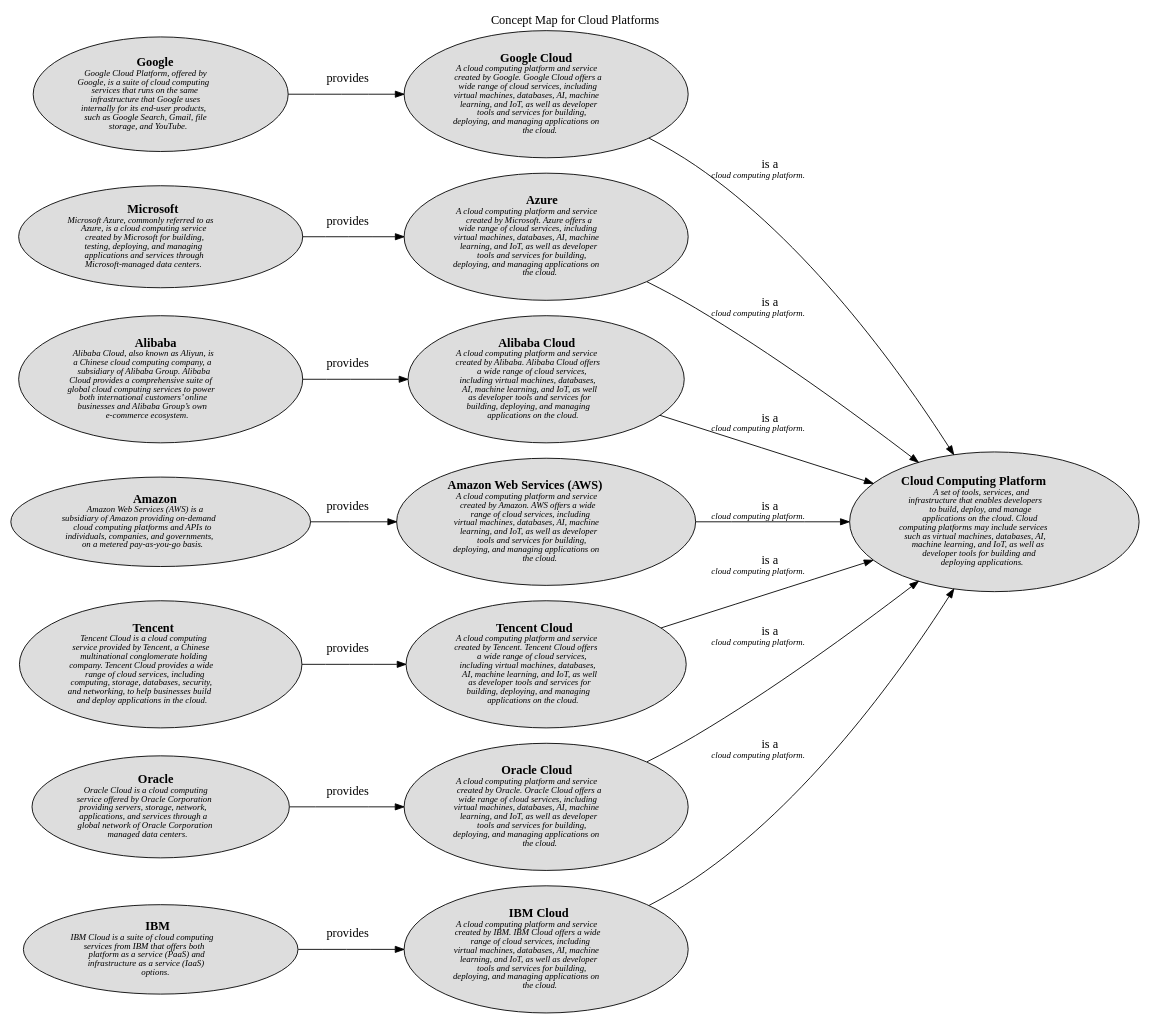
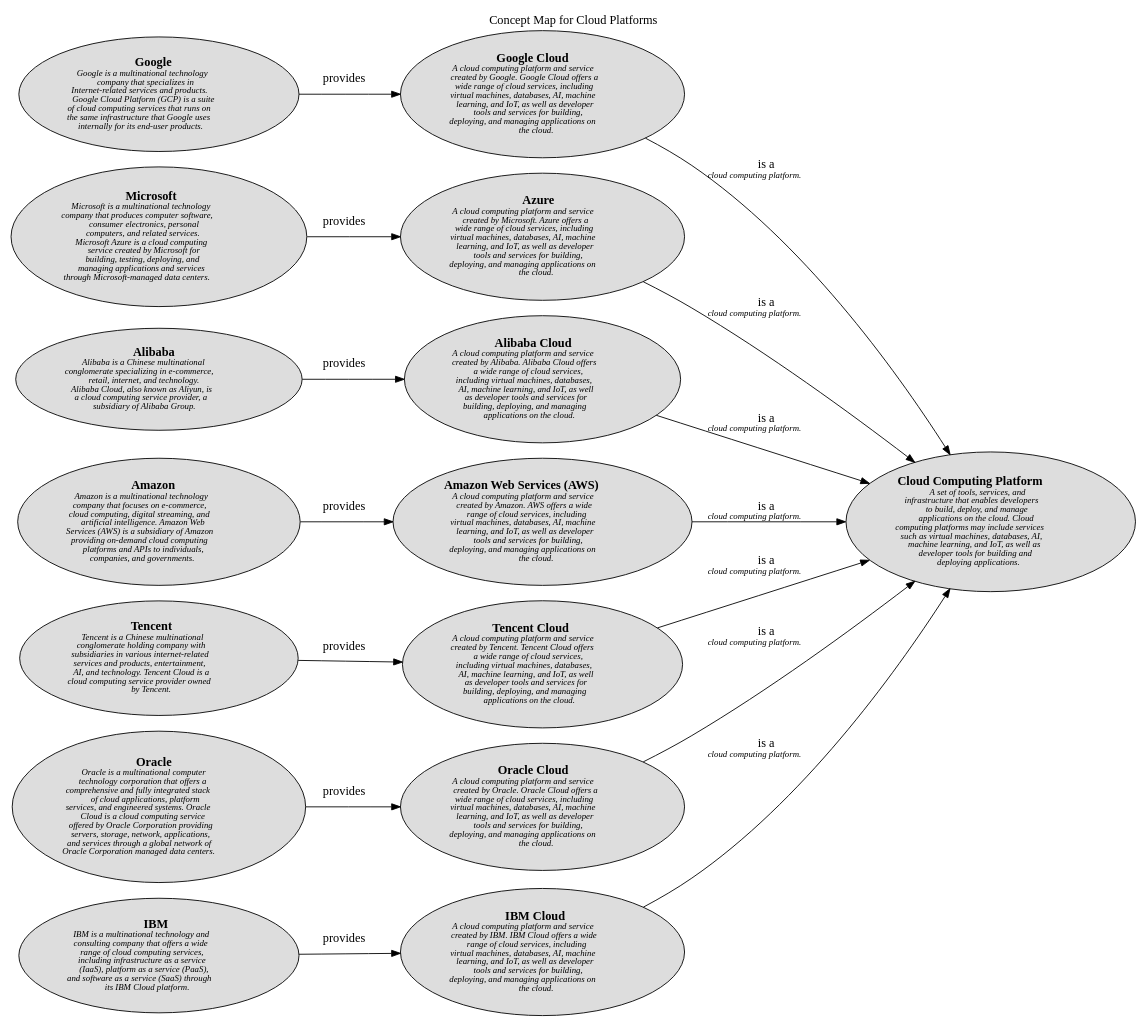
Before and after one commit to lsolbach/overarch-models: the diagram in docs/software-development/cloud/platform/concept-view.dot, drawn with Graphviz. The commit also changed 16 other files, not shown here.

Commit message:
updated overarch, updated cloud provider descriptions

```diff
--- a/docs/software-development/cloud/platform/concept-view.dot
+++ b/docs/software-development/cloud/platform/concept-view.dot
@@ -1,40 +1,40 @@
 digraph "Concept Map for Cloud Platforms" {
   labelloc= "t"
   label="Concept Map for Cloud Platforms"
   rankdir="LR"
 
   layout=dot
 software_development_cloud_platform__ibm_cloud [shape=ellipse style=filled fillcolor="#dddddd" label=<<B>IBM Cloud</B><BR/><FONT POINT-SIZE="10"><I>A cloud computing platform and service<BR/>created by IBM. IBM Cloud offers a wide<BR/>range of cloud services, including<BR/>virtual machines, databases, AI, machine<BR/>learning, and IoT, as well as developer<BR/>tools and services for building,<BR/>deploying, and managing applications on<BR/>the cloud. </I></FONT>>]
-software_development_cloud_provider__ibm [shape=ellipse style=filled fillcolor="#dddddd" label=<<B>IBM</B><BR/><FONT POINT-SIZE="10"><I>IBM Cloud is a suite of cloud computing<BR/>services from IBM that offers both<BR/>platform as a service (PaaS) and<BR/>infrastructure as a service (IaaS)<BR/>options. </I></FONT>>]
-software_development_cloud_provider__tencent [shape=ellipse style=filled fillcolor="#dddddd" label=<<B>Tencent</B><BR/><FONT POINT-SIZE="10"><I>Tencent Cloud is a cloud computing<BR/>service provided by Tencent, a Chinese<BR/>multinational conglomerate holding<BR/>company. Tencent Cloud provides a wide<BR/>range of cloud services, including<BR/>computing, storage, databases, security,<BR/>and networking, to help businesses build<BR/>and deploy applications in the cloud. </I></FONT>>]
-software_development_cloud_provider__google [shape=ellipse style=filled fillcolor="#dddddd" label=<<B>Google</B><BR/><FONT POINT-SIZE="10"><I>Google Cloud Platform, offered by<BR/>Google, is a suite of cloud computing<BR/>services that runs on the same<BR/>infrastructure that Google uses<BR/>internally for its end-user products,<BR/>such as Google Search, Gmail, file<BR/>storage, and YouTube. </I></FONT>>]
+software_development_cloud_provider__google [shape=ellipse style=filled fillcolor="#dddddd" label=<<B>Google</B><BR/><FONT POINT-SIZE="10"><I>Google is a multinational technology<BR/>company that specializes in<BR/>Internet-related services and products.<BR/>Google Cloud Platform (GCP) is a suite<BR/>of cloud computing services that runs on<BR/>the same infrastructure that Google uses<BR/>internally for its end-user products. </I></FONT>>]
+software_development_cloud_provider__ibm [shape=ellipse style=filled fillcolor="#dddddd" label=<<B>IBM</B><BR/><FONT POINT-SIZE="10"><I>IBM is a multinational technology and<BR/>consulting company that offers a wide<BR/>range of cloud computing services,<BR/>including infrastructure as a service<BR/>(IaaS), platform as a service (PaaS),<BR/>and software as a service (SaaS) through<BR/>its IBM Cloud platform. </I></FONT>>]
+software_development_cloud_provider__amazon [shape=ellipse style=filled fillcolor="#dddddd" label=<<B>Amazon</B><BR/><FONT POINT-SIZE="10"><I>Amazon is a multinational technology<BR/>company that focuses on e-commerce,<BR/>cloud computing, digital streaming, and<BR/>artificial intelligence. Amazon Web<BR/>Services (AWS) is a subsidiary of Amazon<BR/>providing on-demand cloud computing<BR/>platforms and APIs to individuals,<BR/>companies, and governments. </I></FONT>>]
 software_development_cloud_platform__google_cloud [shape=ellipse style=filled fillcolor="#dddddd" label=<<B>Google Cloud</B><BR/><FONT POINT-SIZE="10"><I>A cloud computing platform and service<BR/>created by Google. Google Cloud offers a<BR/>wide range of cloud services, including<BR/>virtual machines, databases, AI, machine<BR/>learning, and IoT, as well as developer<BR/>tools and services for building,<BR/>deploying, and managing applications on<BR/>the cloud. </I></FONT>>]
 software_development_cloud_platform__azure [shape=ellipse style=filled fillcolor="#dddddd" label=<<B>Azure</B><BR/><FONT POINT-SIZE="10"><I>A cloud computing platform and service<BR/>created by Microsoft. Azure offers a<BR/>wide range of cloud services, including<BR/>virtual machines, databases, AI, machine<BR/>learning, and IoT, as well as developer<BR/>tools and services for building,<BR/>deploying, and managing applications on<BR/>the cloud. </I></FONT>>]
-software_development_cloud_provider__amazon [shape=ellipse style=filled fillcolor="#dddddd" label=<<B>Amazon</B><BR/><FONT POINT-SIZE="10"><I>Amazon Web Services (AWS) is a<BR/>subsidiary of Amazon providing on-demand<BR/>cloud computing platforms and APIs to<BR/>individuals, companies, and governments,<BR/>on a metered pay-as-you-go basis. </I></FONT>>]
 software_development_cloud__cloud_computing_platform [shape=ellipse style=filled fillcolor="#dddddd" label=<<B>Cloud Computing Platform</B><BR/><FONT POINT-SIZE="10"><I>A set of tools, services, and<BR/>infrastructure that enables developers<BR/>to build, deploy, and manage<BR/>applications on the cloud. Cloud<BR/>computing platforms may include services<BR/>such as virtual machines, databases, AI,<BR/>machine learning, and IoT, as well as<BR/>developer tools for building and<BR/>deploying applications. </I></FONT>>]
-software_development_cloud_provider__oracle [shape=ellipse style=filled fillcolor="#dddddd" label=<<B>Oracle</B><BR/><FONT POINT-SIZE="10"><I>Oracle Cloud is a cloud computing<BR/>service offered by Oracle Corporation<BR/>providing servers, storage, network,<BR/>applications, and services through a<BR/>global network of Oracle Corporation<BR/>managed data centers. </I></FONT>>]
-software_development_cloud_provider__microsoft [shape=ellipse style=filled fillcolor="#dddddd" label=<<B>Microsoft</B><BR/><FONT POINT-SIZE="10"><I>Microsoft Azure, commonly referred to as<BR/>Azure, is a cloud computing service<BR/>created by Microsoft for building,<BR/>testing, deploying, and managing<BR/>applications and services through<BR/>Microsoft-managed data centers. </I></FONT>>]
-software_development_cloud_provider__alibaba [shape=ellipse style=filled fillcolor="#dddddd" label=<<B>Alibaba</B><BR/><FONT POINT-SIZE="10"><I>Alibaba Cloud, also known as Aliyun, is<BR/>a Chinese cloud computing company, a<BR/>subsidiary of Alibaba Group. Alibaba<BR/>Cloud provides a comprehensive suite of<BR/>global cloud computing services to power<BR/>both international customers’ online<BR/>businesses and Alibaba Group’s own<BR/>e-commerce ecosystem. </I></FONT>>]
+software_development_cloud_provider__alibaba [shape=ellipse style=filled fillcolor="#dddddd" label=<<B>Alibaba</B><BR/><FONT POINT-SIZE="10"><I>Alibaba is a Chinese multinational<BR/>conglomerate specializing in e-commerce,<BR/>retail, internet, and technology.<BR/>Alibaba Cloud, also known as Aliyun, is<BR/>a cloud computing service provider, a<BR/>subsidiary of Alibaba Group. </I></FONT>>]
+software_development_cloud_provider__microsoft [shape=ellipse style=filled fillcolor="#dddddd" label=<<B>Microsoft</B><BR/><FONT POINT-SIZE="10"><I>Microsoft is a multinational technology<BR/>company that produces computer software,<BR/>consumer electronics, personal<BR/>computers, and related services.<BR/>Microsoft Azure is a cloud computing<BR/>service created by Microsoft for<BR/>building, testing, deploying, and<BR/>managing applications and services<BR/>through Microsoft-managed data centers. </I></FONT>>]
+software_development_cloud_provider__tencent [shape=ellipse style=filled fillcolor="#dddddd" label=<<B>Tencent</B><BR/><FONT POINT-SIZE="10"><I>Tencent is a Chinese multinational<BR/>conglomerate holding company with<BR/>subsidiaries in various internet-related<BR/>services and products, entertainment,<BR/>AI, and technology. Tencent Cloud is a<BR/>cloud computing service provider owned<BR/>by Tencent. </I></FONT>>]
 software_development_cloud_platform__alibaba_cloud [shape=ellipse style=filled fillcolor="#dddddd" label=<<B>Alibaba Cloud</B><BR/><FONT POINT-SIZE="10"><I>A cloud computing platform and service<BR/>created by Alibaba. Alibaba Cloud offers<BR/>a wide range of cloud services,<BR/>including virtual machines, databases,<BR/>AI, machine learning, and IoT, as well<BR/>as developer tools and services for<BR/>building, deploying, and managing<BR/>applications on the cloud. </I></FONT>>]
 software_development_cloud_platform__aws [shape=ellipse style=filled fillcolor="#dddddd" label=<<B>Amazon Web Services (AWS)</B><BR/><FONT POINT-SIZE="10"><I>A cloud computing platform and service<BR/>created by Amazon. AWS offers a wide<BR/>range of cloud services, including<BR/>virtual machines, databases, AI, machine<BR/>learning, and IoT, as well as developer<BR/>tools and services for building,<BR/>deploying, and managing applications on<BR/>the cloud. </I></FONT>>]
+software_development_cloud_provider__oracle [shape=ellipse style=filled fillcolor="#dddddd" label=<<B>Oracle</B><BR/><FONT POINT-SIZE="10"><I>Oracle is a multinational computer<BR/>technology corporation that offers a<BR/>comprehensive and fully integrated stack<BR/>of cloud applications, platform<BR/>services, and engineered systems. Oracle<BR/>Cloud is a cloud computing service<BR/>offered by Oracle Corporation providing<BR/>servers, storage, network, applications,<BR/>and services through a global network of<BR/>Oracle Corporation managed data centers. </I></FONT>>]
 software_development_cloud_platform__tencent_cloud [shape=ellipse style=filled fillcolor="#dddddd" label=<<B>Tencent Cloud</B><BR/><FONT POINT-SIZE="10"><I>A cloud computing platform and service<BR/>created by Tencent. Tencent Cloud offers<BR/>a wide range of cloud services,<BR/>including virtual machines, databases,<BR/>AI, machine learning, and IoT, as well<BR/>as developer tools and services for<BR/>building, deploying, and managing<BR/>applications on the cloud. </I></FONT>>]
 software_development_cloud_platform__oracle_cloud [shape=ellipse style=filled fillcolor="#dddddd" label=<<B>Oracle Cloud</B><BR/><FONT POINT-SIZE="10"><I>A cloud computing platform and service<BR/>created by Oracle. Oracle Cloud offers a<BR/>wide range of cloud services, including<BR/>virtual machines, databases, AI, machine<BR/>learning, and IoT, as well as developer<BR/>tools and services for building,<BR/>deploying, and managing applications on<BR/>the cloud. </I></FONT>>]
  
 software_development_cloud_platform__ibm_cloud -> software_development_cloud__cloud_computing_platform [label=<is a<BR/><FONT POINT-SIZE="10"><I>cloud computing platform. </I></FONT>>]
 software_development_cloud_platform__alibaba_cloud -> software_development_cloud__cloud_computing_platform [label=<is a<BR/><FONT POINT-SIZE="10"><I>cloud computing platform. </I></FONT>>]
 software_development_cloud_provider__alibaba -> software_development_cloud_platform__alibaba_cloud [label=<provides<BR/><FONT POINT-SIZE="10"><I> </I></FONT>>]
 software_development_cloud_platform__oracle_cloud -> software_development_cloud__cloud_computing_platform [label=<is a<BR/><FONT POINT-SIZE="10"><I>cloud computing platform. </I></FONT>>]
 software_development_cloud_provider__ibm -> software_development_cloud_platform__ibm_cloud [label=<provides<BR/><FONT POINT-SIZE="10"><I> </I></FONT>>]
 software_development_cloud_provider__oracle -> software_development_cloud_platform__oracle_cloud [label=<provides<BR/><FONT POINT-SIZE="10"><I> </I></FONT>>]
 software_development_cloud_platform__google_cloud -> software_development_cloud__cloud_computing_platform [label=<is a<BR/><FONT POINT-SIZE="10"><I>cloud computing platform. </I></FONT>>]
 software_development_cloud_provider__amazon -> software_development_cloud_platform__aws [label=<provides<BR/><FONT POINT-SIZE="10"><I> </I></FONT>>]
 software_development_cloud_platform__azure -> software_development_cloud__cloud_computing_platform [label=<is a<BR/><FONT POINT-SIZE="10"><I>cloud computing platform. </I></FONT>>]
 software_development_cloud_platform__tencent_cloud -> software_development_cloud__cloud_computing_platform [label=<is a<BR/><FONT POINT-SIZE="10"><I>cloud computing platform. </I></FONT>>]
 software_development_cloud_provider__microsoft -> software_development_cloud_platform__azure [label=<provides<BR/><FONT POINT-SIZE="10"><I> </I></FONT>>]
 software_development_cloud_provider__tencent -> software_development_cloud_platform__tencent_cloud [label=<provides<BR/><FONT POINT-SIZE="10"><I> </I></FONT>>]
 software_development_cloud_platform__aws -> software_development_cloud__cloud_computing_platform [label=<is a<BR/><FONT POINT-SIZE="10"><I>cloud computing platform. </I></FONT>>]
 software_development_cloud_provider__google -> software_development_cloud_platform__google_cloud [label=<provides<BR/><FONT POINT-SIZE="10"><I> </I></FONT>>]
  
 }
 
 // (generated by Overarch with template views/view.dot.cmb)
```
